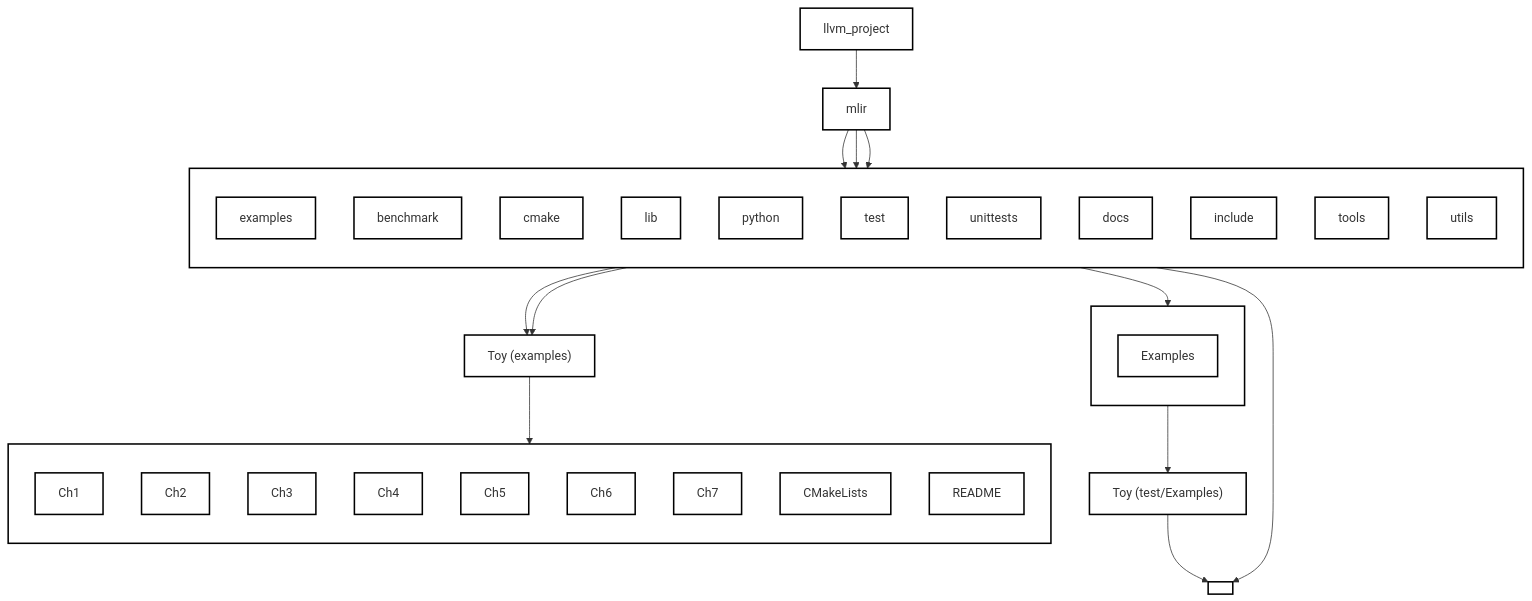
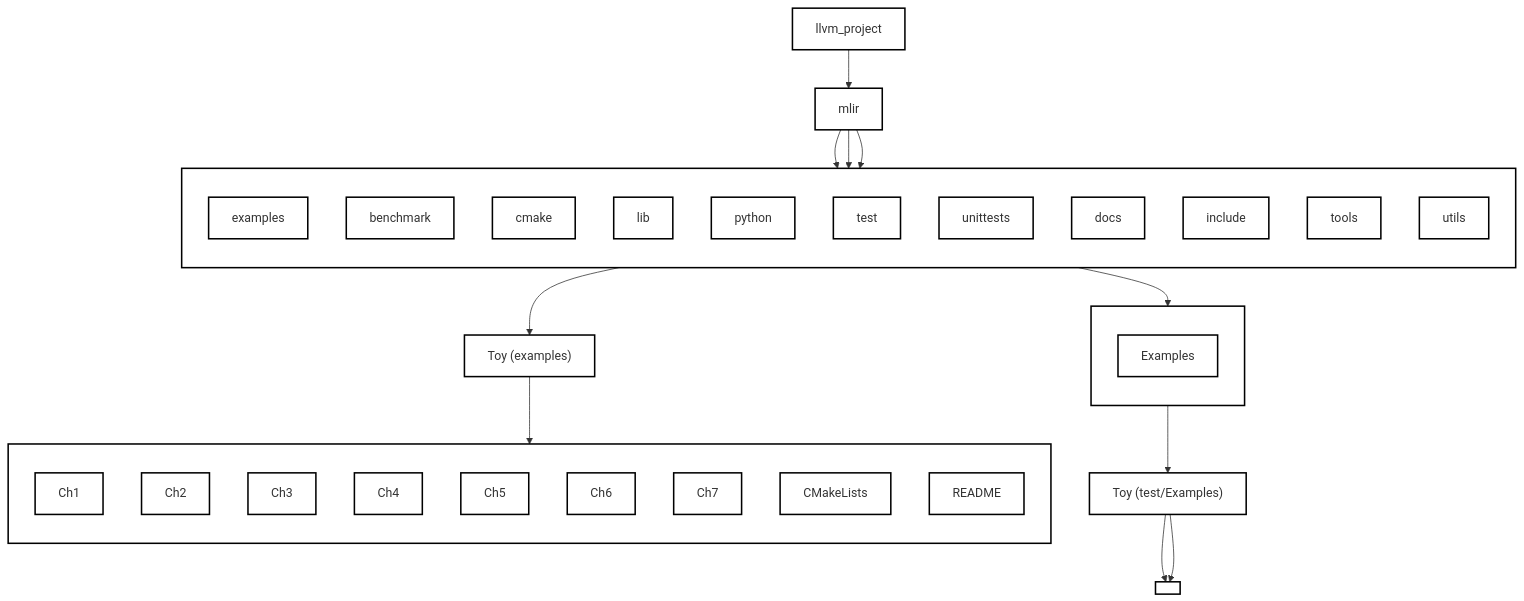
The third of 3 diagrams in Introduction.md (Ameya674/mlir_for_beginners), drawn with Mermaid before and after one commit.

````diff
--- a/Introduction.md
+++ b/Introduction.md
@@ -143,76 +143,73 @@
 ```mermaid
 graph TD
   llvm_project["llvm_project"]
   mlir["mlir"]
   examples["examples"]
   toy_examples["Toy (examples)"]
   toy_test["Toy (test/Examples)"]
 
   llvm_project --> mlir
   mlir --> examples
-  examples --> toy_examples
 
   subgraph mlir_box[ ]
     direction TB
     benchmark
     cmake
     examples
     lib
     python
     test
     unittests
     docs
     include
     tools
     utils
   end
 
   mlir --> mlir_box
 
   subgraph toy_examples_box[ ]
     direction TB
     Ch1
     Ch2
     Ch3
     Ch4
     Ch5
     Ch6
     Ch7
     CMakeLists
     README
   end
 
+  examples --> toy_examples
   toy_examples --> toy_examples_box
 
-  examples --> toy_examples
+  subgraph test_box[ ]
+    direction TB
+    Examples
+  end
+
+  mlir --> test
+  test --> test_box
+  test_box --> toy_test
+  toy_test --> toy_test_box
 
   subgraph toy_test_box[ ]
     direction TB
     Ch1
     Ch2
     Ch3
     Ch4
     Ch5
     Ch6
     Ch7
   end
 
-  test --> toy_test_box
   toy_test --> toy_test_box
-
-  subgraph test_box[ ]
-    direction TB
-    Examples
-  end
-
-  mlir --> test
-  test --> test_box
-
-  test_box --> toy_test
 
   classDef default fill:#fff,stroke:#000,stroke-width:2px;
   class mlir_box default;
   class toy_examples_box default;
   class toy_test_box default;
   class test_box default;
 ```
````
